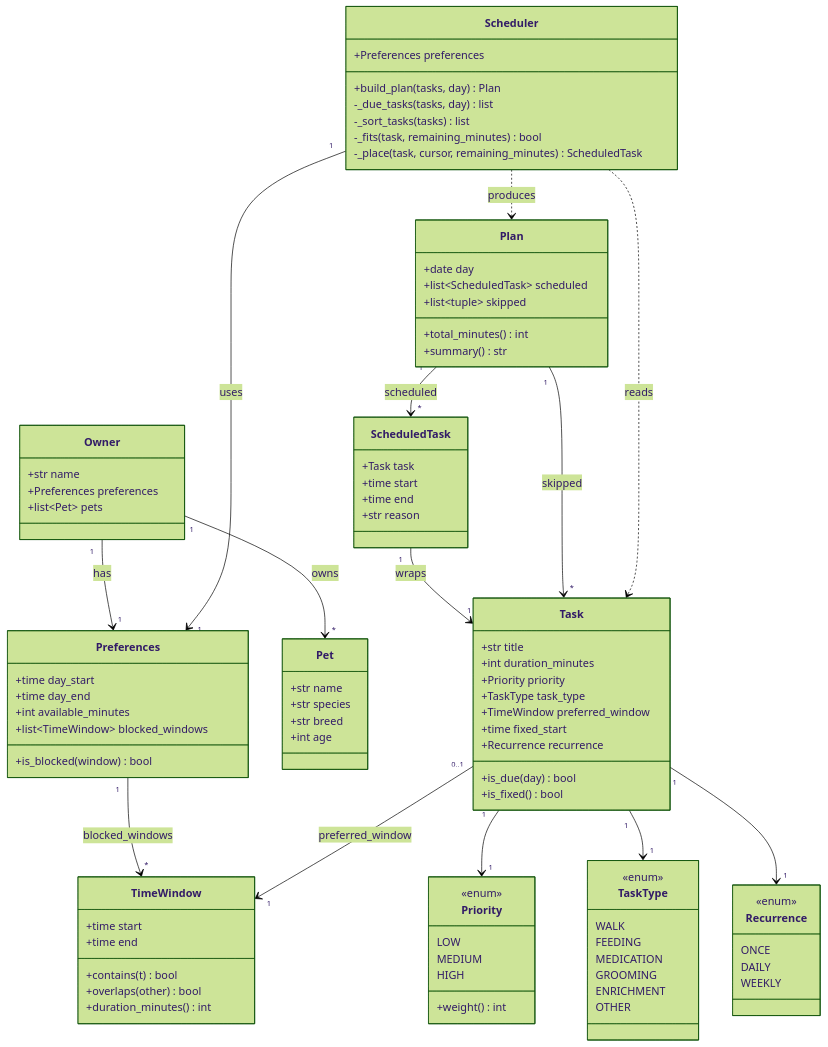
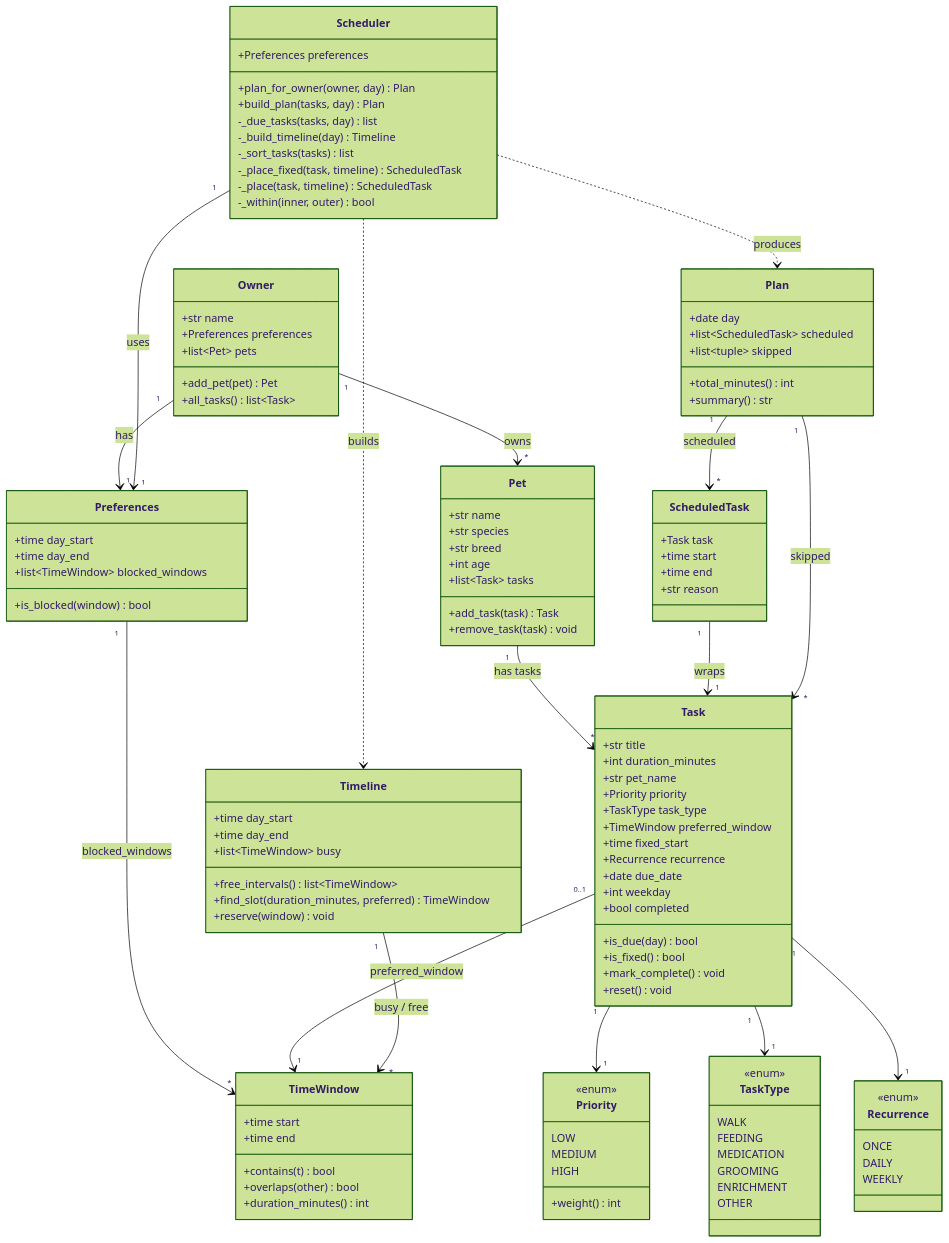
One commit to lPhotograph/ai110-module2show-pawpal-starter changed the diagram in uml.md. Above: the diagram before and after it, drawn with Mermaid (forest theme). The commit also changed other lines of this file and 7 other files, not shown here.

````diff
--- a/uml.md
+++ b/uml.md
@@ -41,9 +40,26 @@
     class Preferences {
         +time day_start
         +time day_end
-        +int available_minutes
         +list~TimeWindow~ blocked_windows
         +is_blocked(window) bool
+    }
+
+    class Task {
+        +str title
+        +int duration_minutes
+        +str pet_name
+        +Priority priority
+        +TaskType task_type
+        +TimeWindow preferred_window
+        +time fixed_start
+        +Recurrence recurrence
+        +date due_date
+        +int weekday
+        +bool completed
+        +is_due(day) bool
+        +is_fixed() bool
+        +mark_complete() void
+        +reset() void
     }
 
     class Pet {
@@ -51,24 +67,17 @@
         +str species
         +str breed
         +int age
+        +list~Task~ tasks
+        +add_task(task) Task
+        +remove_task(task) void
     }
 
     class Owner {
         +str name
         +Preferences preferences
         +list~Pet~ pets
-    }
-
-    class Task {
-        +str title
-        +int duration_minutes
-        +Priority priority
-        +TaskType task_type
-        +TimeWindow preferred_window
-        +time fixed_start
-        +Recurrence recurrence
-        +is_due(day) bool
-        +is_fixed() bool
+        +add_pet(pet) Pet
+        +all_tasks() list~Task~
     }
 
     class ScheduledTask {
@@ -86,17 +95,30 @@
         +summary() str
     }
 
+    class Timeline {
+        +time day_start
+        +time day_end
+        +list~TimeWindow~ busy
+        +free_intervals() list~TimeWindow~
+        +find_slot(duration_minutes, preferred) TimeWindow
+        +reserve(window) void
+    }
+
     class Scheduler {
         +Preferences preferences
+        +plan_for_owner(owner, day) Plan
         +build_plan(tasks, day) Plan
         -_due_tasks(tasks, day) list
+        -_build_timeline(day) Timeline
         -_sort_tasks(tasks) list
-        -_fits(task, remaining_minutes) bool
-        -_place(task, cursor, remaining_minutes) ScheduledTask
+        -_place_fixed(task, timeline) ScheduledTask
+        -_place(task, timeline) ScheduledTask
+        -_within(inner, outer) bool
     }
 
     Owner "1" --> "1" Preferences : has
     Owner "1" --> "*" Pet : owns
+    Pet "1" --> "*" Task : has tasks
     Preferences "1" --> "*" TimeWindow : blocked_windows
     Task "1" --> "1" Priority
     Task "1" --> "1" TaskType
@@ -106,6 +128,7 @@
     Plan "1" --> "*" ScheduledTask : scheduled
     Plan "1" --> "*" Task : skipped
     Scheduler "1" --> "1" Preferences : uses
+    Scheduler ..> Timeline : builds
     Scheduler ..> Plan : produces
-    Scheduler ..> Task : reads
+    Timeline "1" --> "*" TimeWindow : busy / free
 ```
````
